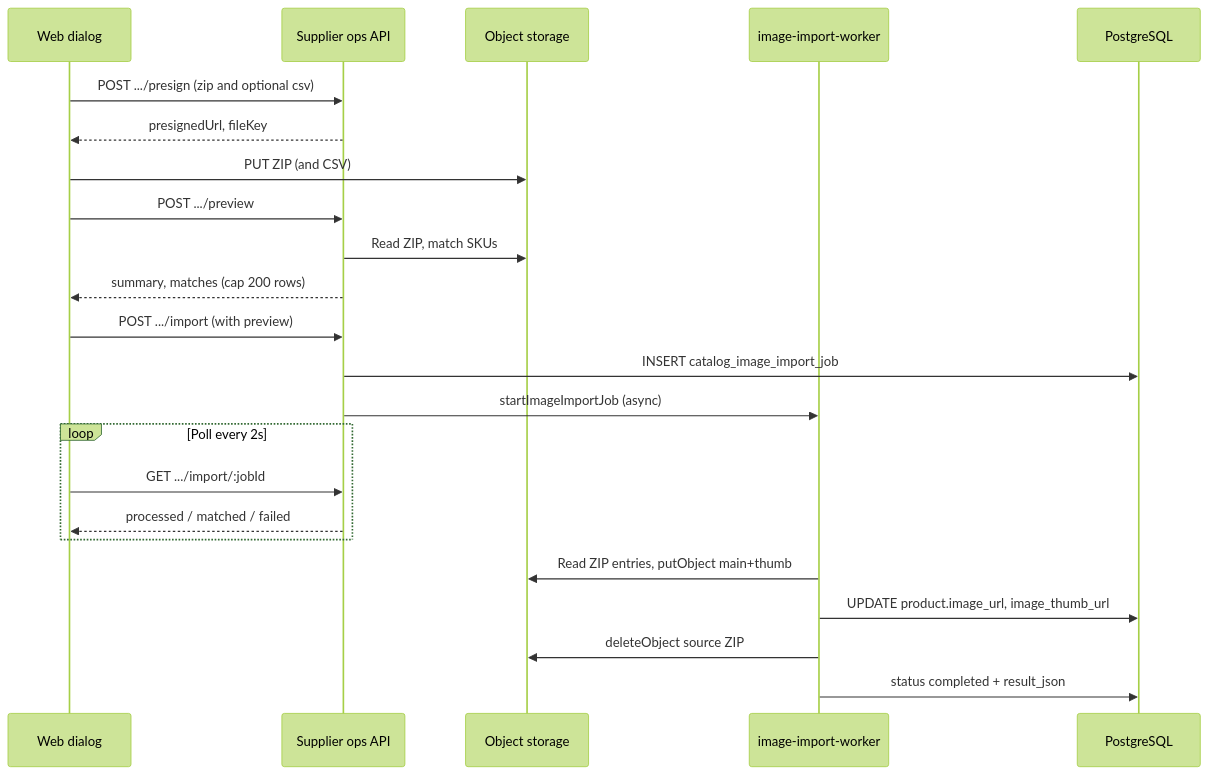
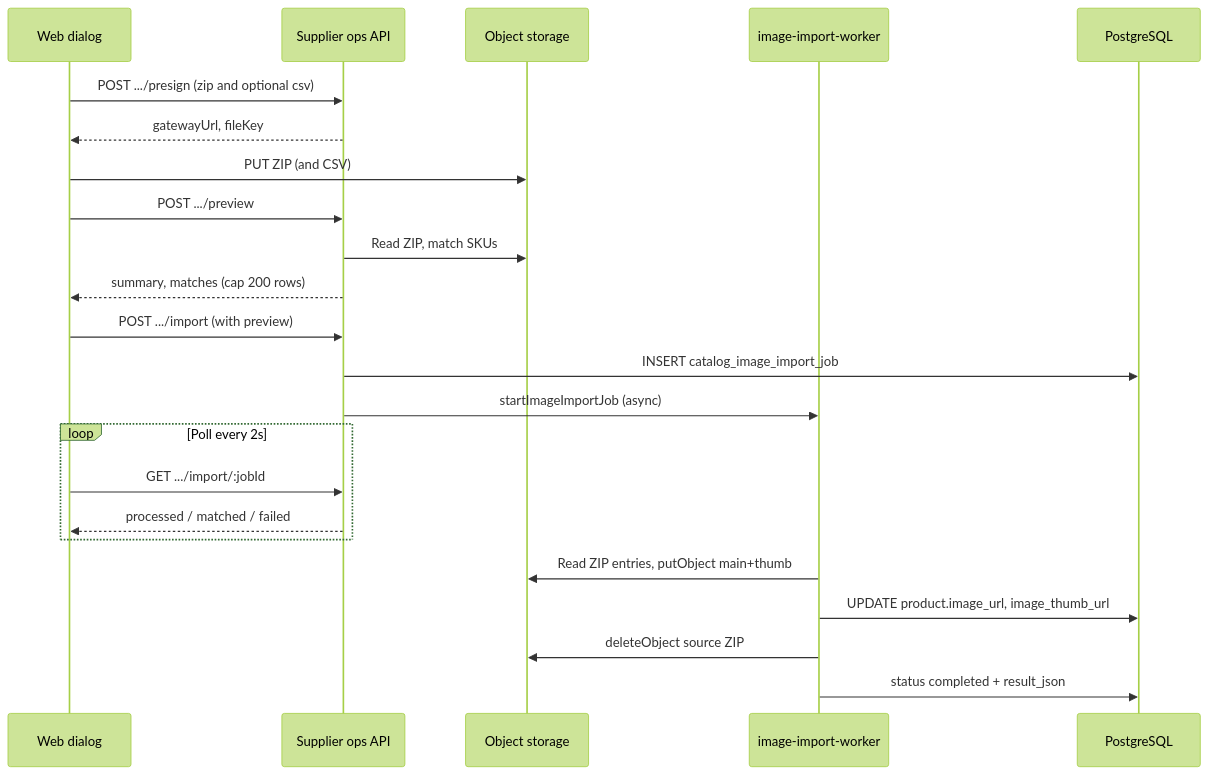
The diagram in docs/features/bulk-product-image-import.md (ghadimdallaldev/supplify_erp), drawn with Mermaid (forest theme) before and after one commit. The commit also changed other lines of this file and 55 other files, not shown here.

````diff
--- a/docs/features/bulk-product-image-import.md
+++ b/docs/features/bulk-product-image-import.md
@@ -73,26 +73,26 @@
 ```mermaid
 sequenceDiagram
   participant UI as Web dialog
   participant API as Supplier ops API
   participant Store as Object storage
   participant Worker as image-import-worker
   participant DB as PostgreSQL
 
   UI->>API: POST .../presign (zip and optional csv)
-  API-->>UI: presignedUrl, fileKey
+  API-->>UI: gatewayUrl, fileKey
   UI->>Store: PUT ZIP (and CSV)
   UI->>API: POST .../preview
   API->>Store: Read ZIP, match SKUs
   API-->>UI: summary, matches (cap 200 rows)
   UI->>API: POST .../import (with preview)
   API->>DB: INSERT catalog_image_import_job
   API->>Worker: startImageImportJob (async)
   loop Poll every 2s
     UI->>API: GET .../import/:jobId
     API-->>UI: processed / matched / failed
   end
   Worker->>Store: Read ZIP entries, putObject main+thumb
   Worker->>DB: UPDATE product.image_url, image_thumb_url
   Worker->>Store: deleteObject source ZIP
   Worker->>DB: status completed + result_json
 ```
````
